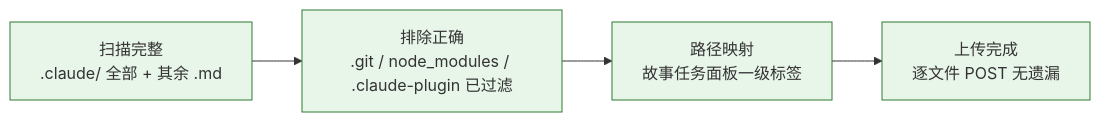
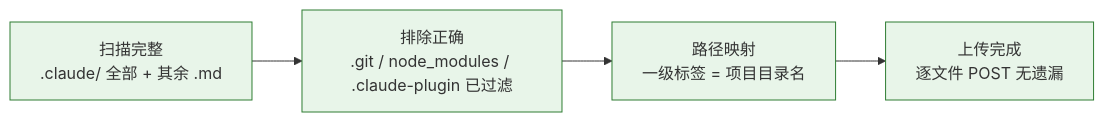
The eighth of 8 diagrams in skills/import-docs/SKILL.md (effiy/YrY), drawn with Mermaid before and after one commit. The commit also changed other lines of this file and 2 other files, not shown here.

````diff
--- a/skills/import-docs/SKILL.md
+++ b/skills/import-docs/SKILL.md
@@ -281,8 +281,8 @@
 ```mermaid
 flowchart LR
     S1["扫描完整<br/>.claude/ 全部 + 其余 .md"]:::sig --> S2["排除正确<br/>.git / node_modules / .claude-plugin 已过滤"]:::sig
-    S2 --> S3["路径映射<br/>故事任务面板一级标签"]:::sig
+    S2 --> S3["路径映射<br/>一级标签 = 项目目录名"]:::sig
     S3 --> S4["上传完成<br/>逐文件 POST 无遗漏"]:::sig
 
     classDef sig fill:#e8f5e9,stroke:#2e7d32;
 ```
````
